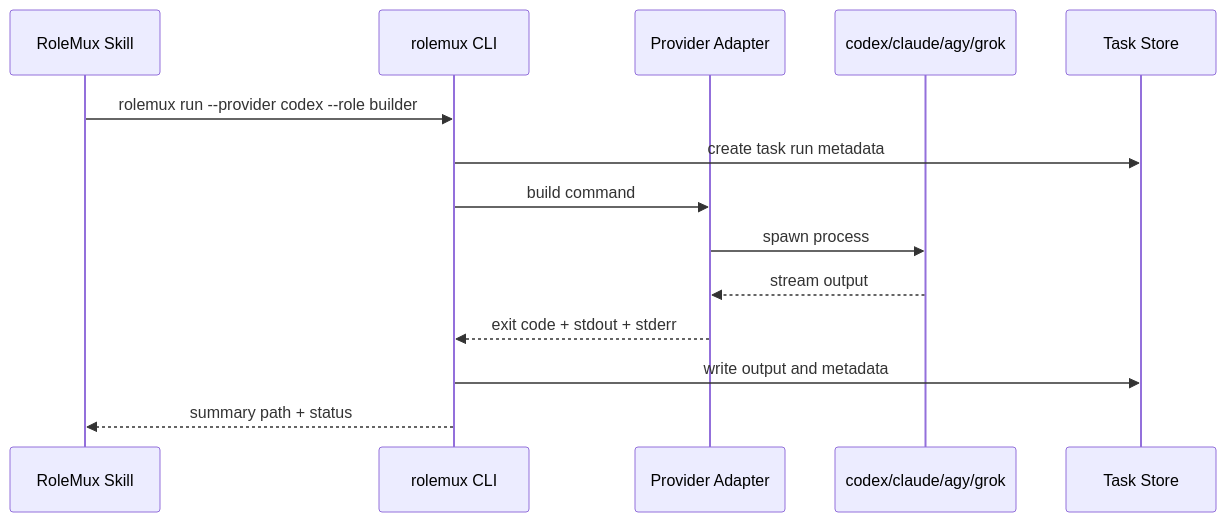
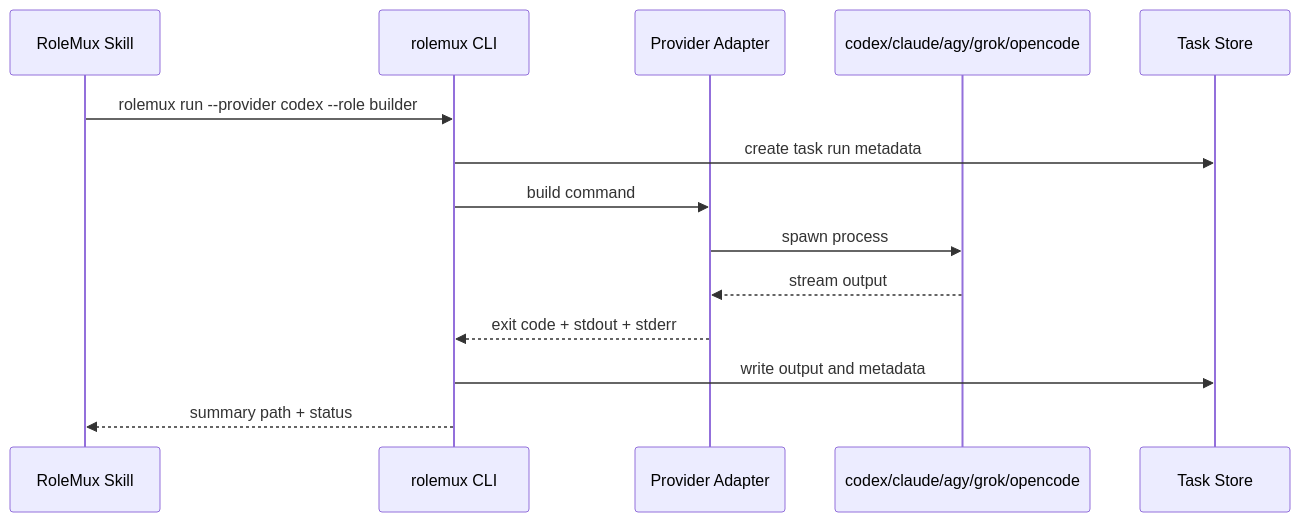
Before and after one commit to immortalbeating2/rolemux: the third of 3 diagrams in spec/rolemux-development-spec.md, drawn with Mermaid. The commit also changed other lines of this file and 10 other files, not shown here.

````diff
--- a/spec/rolemux-development-spec.md
+++ b/spec/rolemux-development-spec.md
@@ -319,17 +319,17 @@
 ```mermaid
 sequenceDiagram
   participant Skill as RoleMux Skill
   participant CLI as rolemux CLI
   participant Adapter as Provider Adapter
-  participant Tool as codex/claude/agy/grok
+  participant Tool as codex/claude/agy/grok/opencode
   participant Store as Task Store
 
   Skill->>CLI: rolemux run --provider codex --role builder
   CLI->>Store: create task run metadata
   CLI->>Adapter: build command
   Adapter->>Tool: spawn process
   Tool-->>Adapter: stream output
   Adapter-->>CLI: exit code + stdout + stderr
   CLI->>Store: write output and metadata
   CLI-->>Skill: summary path + status
 ```
````
